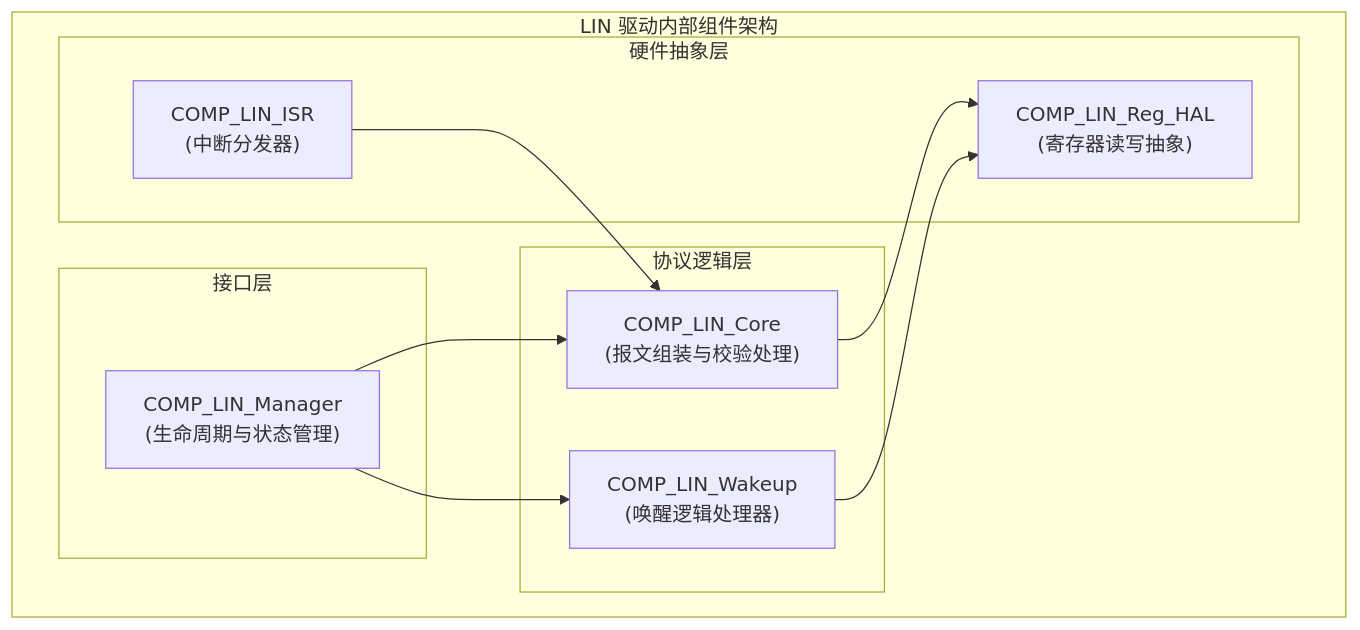
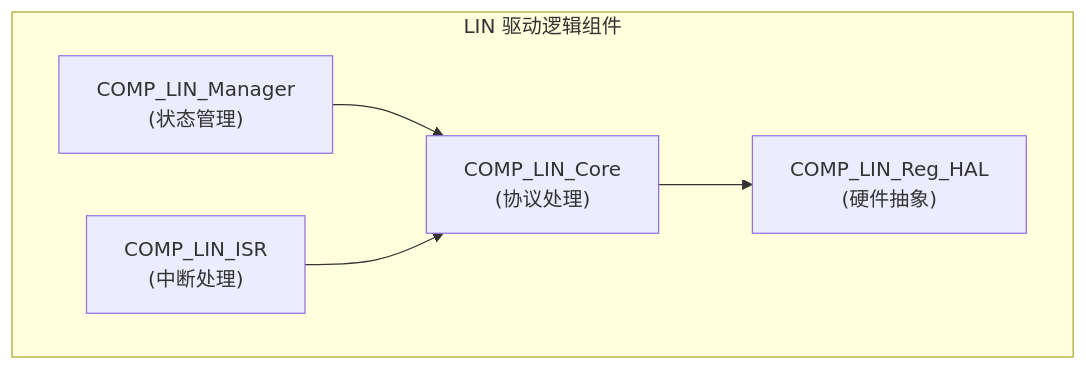
The second of 4 diagrams in software_project/architecture_etc/architecture design-ASPICE.md (Mastang1/notes_md), drawn with Mermaid before and after one commit. The commit also changed other lines of this file and 1 other file, not shown here.

````diff
--- a/software_project/architecture_etc/architecture design-ASPICE.md
+++ b/software_project/architecture_etc/architecture design-ASPICE.md
@@ -65,29 +108,13 @@
 ```mermaid
 graph TD
-    subgraph Software_Architecture ["LIN 驱动内部组件架构"]
-        
-        %% API 调度层
-        subgraph API_Layer ["接口层"]
-            COMP_01["COMP_LIN_Manager<br/>(生命周期与状态管理)"]
-        end
-        
-        %% 核心逻辑层
-        subgraph Logic_Layer ["协议逻辑层"]
-            COMP_02["COMP_LIN_Core<br/>(报文组装与校验处理)"]
-            COMP_03["COMP_LIN_Wakeup<br/>(唤醒逻辑处理器)"]
-        end
-        
-        %% 硬件抽象层
-        subgraph HAL_Layer ["硬件抽象层"]
-            COMP_04["COMP_LIN_Reg_HAL<br/>(寄存器读写抽象)"]
-            COMP_05["COMP_LIN_ISR<br/>(中断分发器)"]
-        end
+    subgraph Software_Architecture ["LIN 驱动逻辑组件"]
+        COMP_01["COMP_LIN_Manager<br/>(状态管理)"]
+        COMP_02["COMP_LIN_Core<br/>(协议处理)"]
+        COMP_04["COMP_LIN_Reg_HAL<br/>(硬件抽象)"]
+        COMP_05["COMP_LIN_ISR<br/>(中断处理)"]
     end
 
-    %% 静态依赖关系
     COMP_01 --> COMP_02
-    COMP_01 --> COMP_03
     COMP_02 --> COMP_04
-    COMP_03 --> COMP_04
     COMP_05 --> COMP_02
 ```
````
